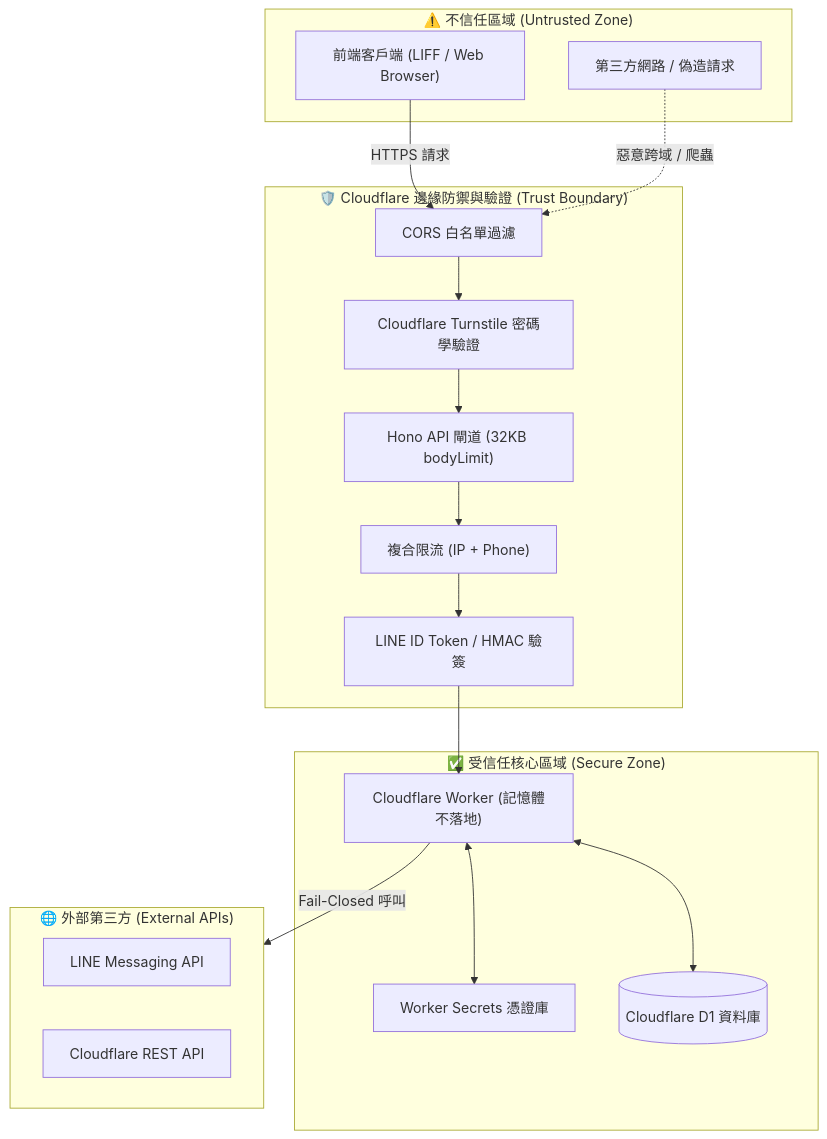
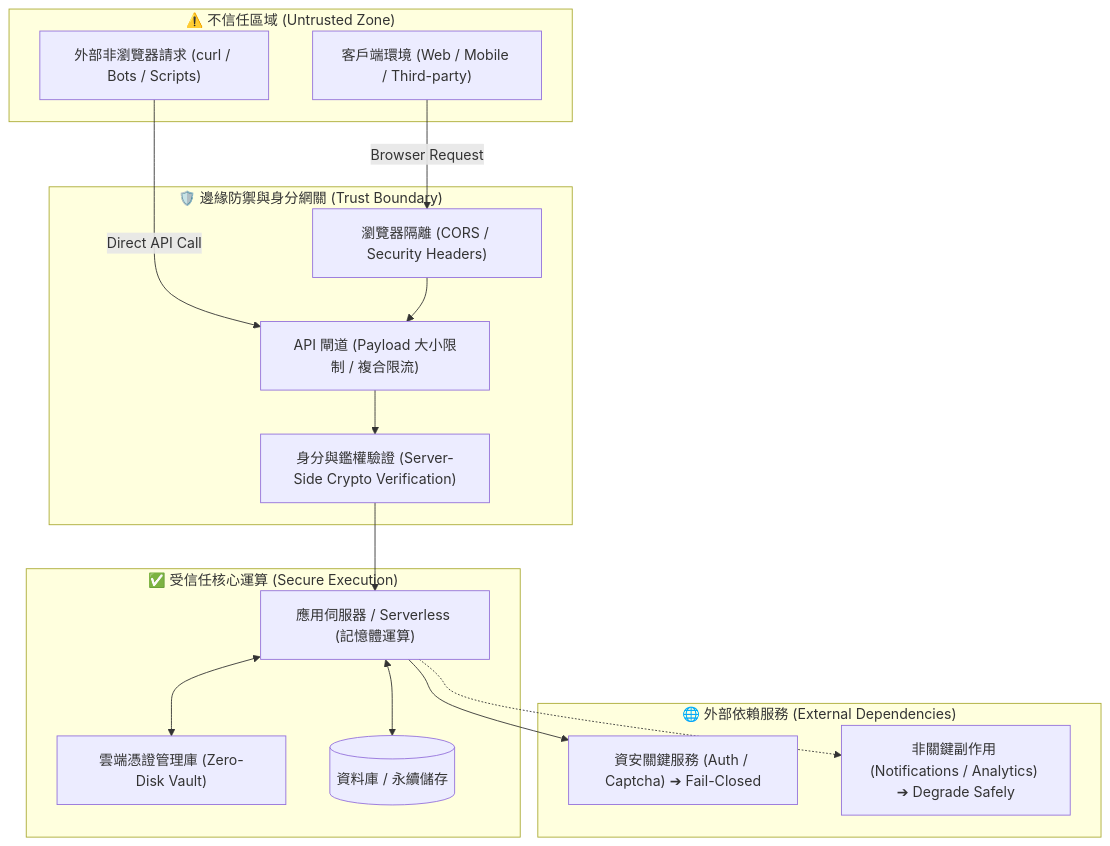
One commit to chingfonlee/open-booking-line changed the diagram in SECURITY_BASELINE.md. Above: the diagram before and after it, drawn with Mermaid. The commit also changed other lines of this file and 6 other files, not shown here.

````diff
--- a/SECURITY_BASELINE.md
+++ b/SECURITY_BASELINE.md
@@ -10,33 +11,32 @@
 ```mermaid
 flowchart TD
     subgraph Untrusted["⚠️ 不信任區域 (Untrusted Zone)"]
-        Client["前端客戶端 (LIFF / Web Browser)"]
-        Attacker["第三方網路 / 偽造請求"]
+        Client["客戶端環境 (Web / Mobile / Third-party)"]
+        Attacker["外部非瀏覽器請求 (curl / Bots / Scripts)"]
     end
 
-    subgraph Edge["🛡️ Cloudflare 邊緣防禦與驗證 (Trust Boundary)"]
-        CORS["CORS 白名單過濾"]
-        Turnstile["Cloudflare Turnstile 密碼學驗證"]
-        Hono["Hono API 閘道 (32KB bodyLimit)"]
-        RateLimit["複合限流 (IP + Phone)"]
-        Auth["LINE ID Token / HMAC 驗簽"]
+    subgraph Defense["🛡️ 邊緣防禦與身分網關 (Trust Boundary)"]
+        BrowserIso["瀏覽器隔離 (CORS / Security Headers)"]
+        Gatekeeper["API 閘道 (Payload 大小限制 / 複合限流)"]
+        Auth["身分與鑑權驗證 (Server-Side Crypto Verification)"]
     end
 
-    subgraph Trusted["✅ 受信任核心區域 (Secure Zone)"]
-        Worker["Cloudflare Worker (記憶體不落地)"]
-        Secrets["Worker Secrets 憑證庫"]
-        DB[(Cloudflare D1 資料庫)]
+    subgraph Core["✅ 受信任核心運算 (Secure Execution)"]
+        App["應用伺服器 / Serverless (記憶體運算)"]
+        Secrets["雲端憑證管理庫 (Zero-Disk Vault)"]
+        DB[(資料庫 / 永續儲存)]
     end
 
-    subgraph External["🌐 外部第三方 (External APIs)"]
-        LINE["LINE Messaging API"]
-        CF["Cloudflare REST API"]
+    subgraph External["🌐 外部依賴服務 (External Dependencies)"]
+        SecCritical["資安關鍵服務 (Auth / Captcha) ➔ Fail-Closed"]
+        NonCritical["非關鍵副作用 (Notifications / Analytics) ➔ Degrade Safely"]
     end
 
-    Client -->|HTTPS 請求| CORS
-    Attacker -.->|惡意跨域 / 爬蟲| CORS
-    CORS --> Turnstile --> Hono --> RateLimit --> Auth --> Worker
-    Worker <--> Secrets
-    Worker <--> DB
-    Worker -->|Fail-Closed 呼叫| External
+    Client -->|Browser Request| BrowserIso
+    Attacker -->|Direct API Call| Gatekeeper
+    BrowserIso --> Gatekeeper --> Auth --> App
+    App <--> Secrets
+    App <--> DB
+    App --> SecCritical
+    App -.-> NonCritical
 ```
````
